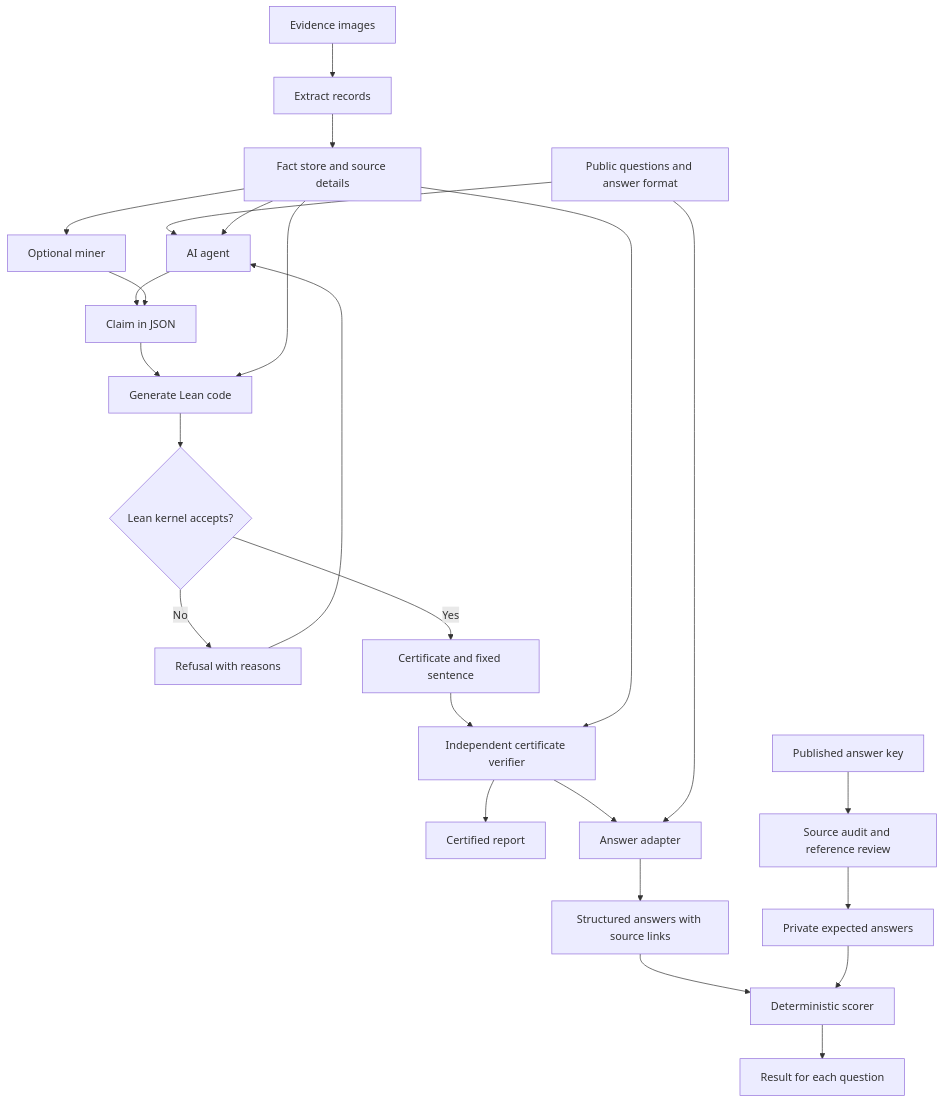
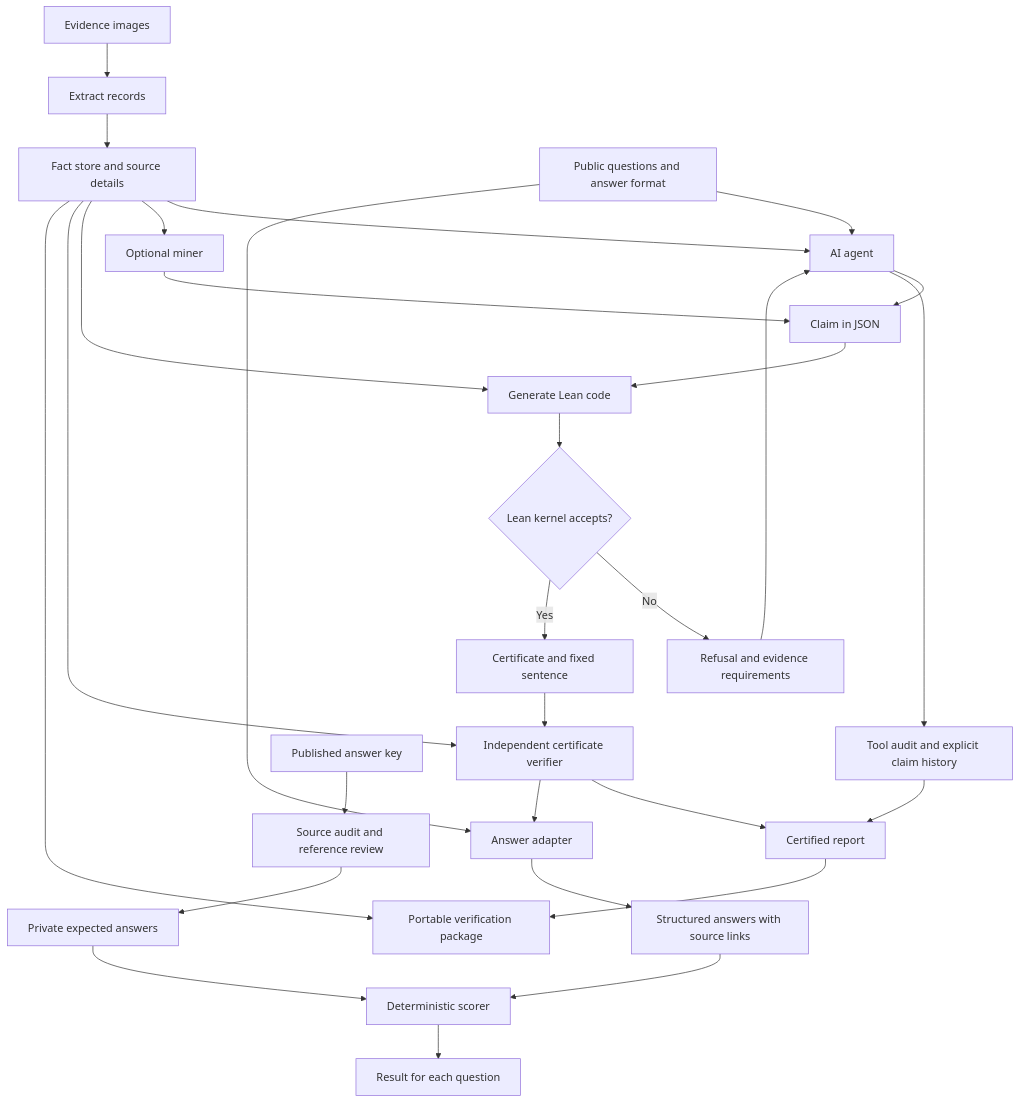
Before and after one commit to pauljiang03/chain-of-proof: the diagram in README.md, drawn with Mermaid. The commit also changed other lines of this file and 10 other files, not shown here.

Commit message:
Complete audit, citation and portable verification workflow

````diff
--- a/README.md
+++ b/README.md
@@ -38,27 +38,31 @@
 ```mermaid
 flowchart TD
     I[Evidence images] --> E[Extract records]
     E --> F[Fact store and source details]
     Q[Public questions and answer format] --> S[AI agent]
     F --> S
     F --> M[Optional miner]
     S --> C[Claim in JSON]
     M --> C
     C --> G[Generate Lean code]
     F --> G
     G --> K{Lean kernel accepts?}
-    K -->|No| X[Refusal with reasons]
+    K -->|No| X[Refusal and evidence requirements]
     X --> S
     K -->|Yes| B[Certificate and fixed sentence]
     B --> V[Independent certificate verifier]
     F --> V
     V --> R[Certified report]
+    S --> L[Tool audit and explicit claim history]
+    L --> R
+    R --> Z[Portable verification package]
+    F --> Z
     V --> A[Answer adapter]
     Q --> A
     A --> J[Structured answers with source links]
     J --> T[Deterministic scorer]
     P[Published answer key] --> U[Source audit and reference review]
     U --> H[Private expected answers]
     H --> T
     T --> O[Result for each question]
 ```
````
